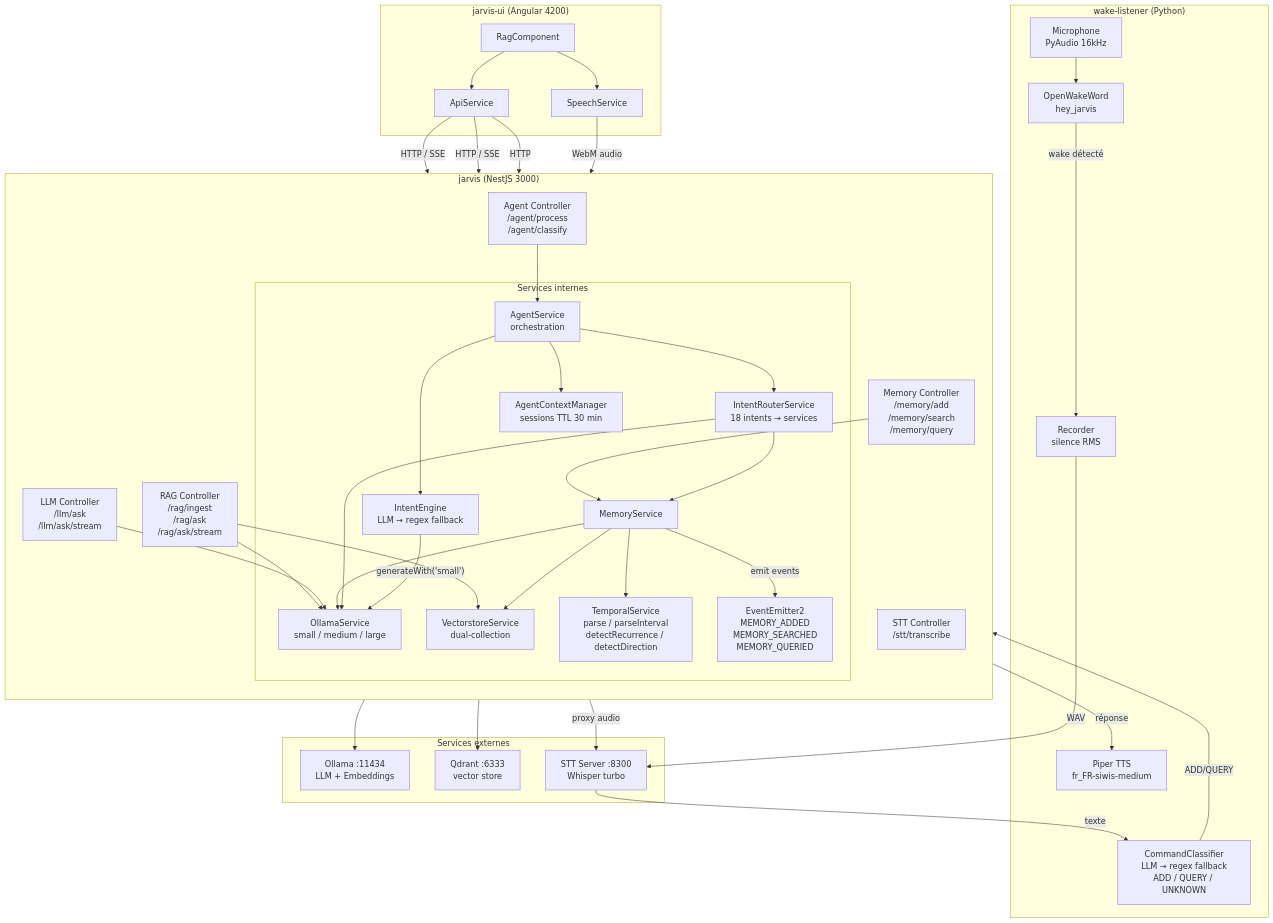
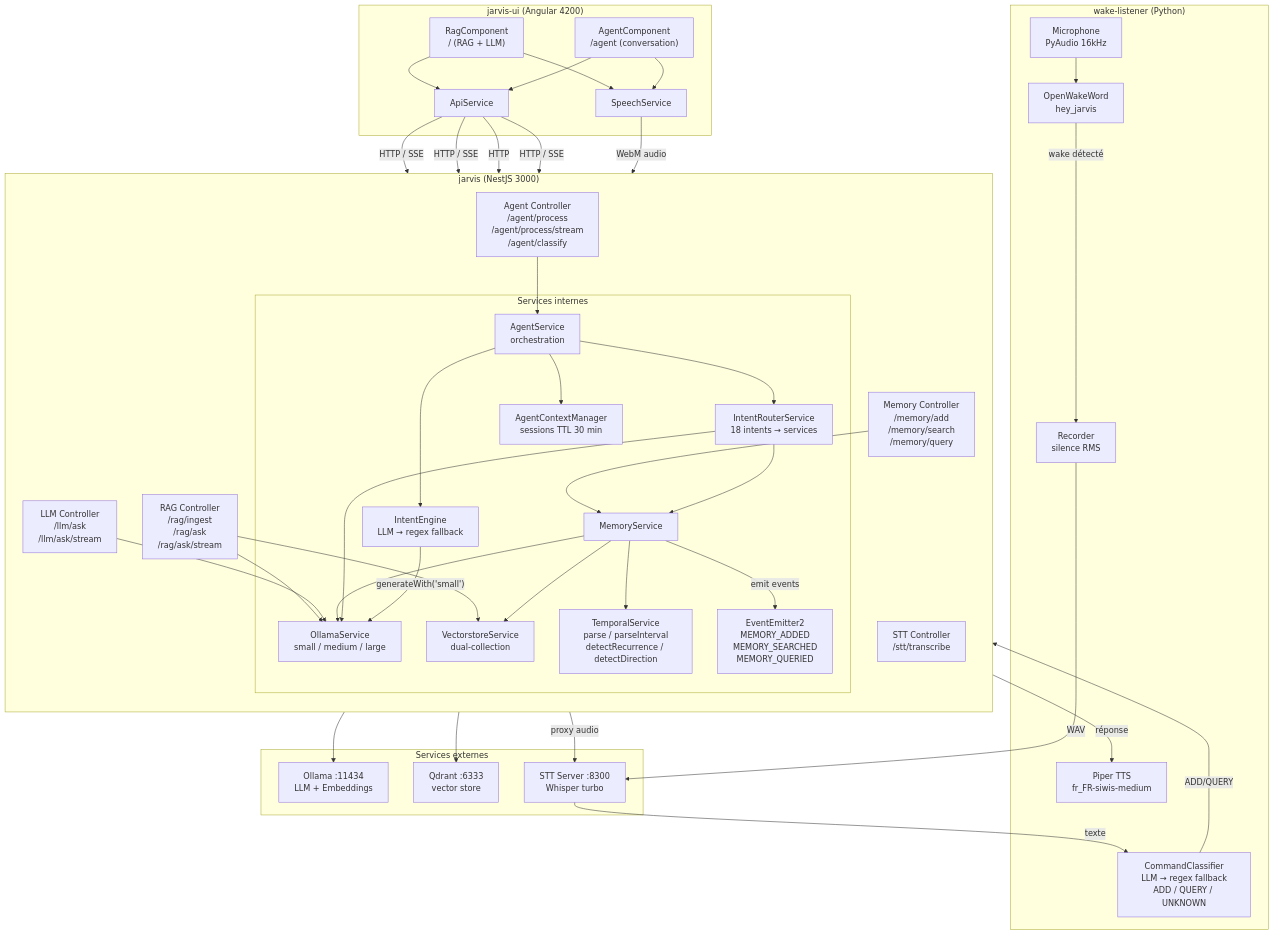
The first of 11 diagrams in plan/architecture-flows.md (Yesub/jarvis-full-solution), drawn with Mermaid before and after one commit. The commit also changed other lines of this file and 14 other files, not shown here.

Commit message:
feat: Implement agent component with conversation interface, streaming responses, and intent handling

````diff
--- a/plan/architecture-flows.md
+++ b/plan/architecture-flows.md
@@ -5,77 +5,81 @@
 ```mermaid
 graph TB
     subgraph UI["jarvis-ui (Angular 4200)"]
-        RagComp["RagComponent"]
+        RagComp["RagComponent\n/ (RAG + LLM)"]
+        AgentComp["AgentComponent\n/agent (conversation)"]
         ApiSvc["ApiService"]
         SpeechSvc["SpeechService"]
     end
 
     subgraph Backend["jarvis (NestJS 3000)"]
         direction TB
         RAGCtrl["RAG Controller\n/rag/ingest\n/rag/ask\n/rag/ask/stream"]
         MemCtrl["Memory Controller\n/memory/add\n/memory/search\n/memory/query"]
         LLMCtrl["LLM Controller\n/llm/ask\n/llm/ask/stream"]
         STTCtrl["STT Controller\n/stt/transcribe"]
-        AgentCtrl["Agent Controller\n/agent/process\n/agent/classify"]
+        AgentCtrl["Agent Controller\n/agent/process\n/agent/process/stream\n/agent/classify"]
 
         subgraph Services["Services internes"]
             OllamaSvc["OllamaService\nsmall / medium / large"]
             VectorSvc["VectorstoreService\ndual-collection"]
             MemSvc["MemoryService"]
             TempSvc["TemporalService\nparse / parseInterval\ndetectRecurrence / detectDirection"]
             IntentEng["IntentEngine\nLLM → regex fallback"]
             AgentSvc["AgentService\norchestration"]
             RouterSvc["IntentRouterService\n18 intents → services"]
             CtxMgr["AgentContextManager\nsessions TTL 30 min"]
             EventBus["EventEmitter2\nMEMORY_ADDED\nMEMORY_SEARCHED\nMEMORY_QUERIED"]
         end
     end
 
     subgraph External["Services externes"]
         Ollama["Ollama :11434\nLLM + Embeddings"]
         Qdrant["Qdrant :6333\nvector store"]
         STTServer["STT Server :8300\nWhisper turbo"]
     end
 
     subgraph WakeListener["wake-listener (Python)"]
         Mic["Microphone\nPyAudio 16kHz"]
         OWW["OpenWakeWord\nhey_jarvis"]
         Recorder["Recorder\nsilence RMS"]
         Classifier["CommandClassifier\nLLM → regex fallback\nADD / QUERY / UNKNOWN"]
         TTS["Piper TTS\nfr_FR-siwis-medium"]
     end
 
     RagComp --> ApiSvc
     RagComp --> SpeechSvc
+    AgentComp --> ApiSvc
+    AgentComp --> SpeechSvc
     ApiSvc -->|"HTTP / SSE"| RAGCtrl
     ApiSvc -->|"HTTP / SSE"| LLMCtrl
     ApiSvc -->|"HTTP"| STTCtrl
+    ApiSvc -->|"HTTP / SSE"| AgentCtrl
     SpeechSvc -->|"WebM audio"| STTCtrl
 
     RAGCtrl --> OllamaSvc
     RAGCtrl --> VectorSvc
     LLMCtrl --> OllamaSvc
     MemCtrl --> MemSvc
     MemSvc --> OllamaSvc
     MemSvc --> VectorSvc
     MemSvc --> TempSvc
     MemSvc -->|"emit events"| EventBus
     STTCtrl -->|"proxy audio"| STTServer
     AgentCtrl --> AgentSvc
     AgentSvc --> IntentEng
     AgentSvc --> RouterSvc
     AgentSvc --> CtxMgr
     RouterSvc --> MemSvc
     RouterSvc --> OllamaSvc
     IntentEng -->|"generateWith('small')"| OllamaSvc
 
     OllamaSvc --> Ollama
     VectorSvc --> Qdrant
 
     Mic --> OWW
     OWW -->|"wake détecté"| Recorder
     Recorder -->|"WAV"| STTServer
     STTServer -->|"texte"| Classifier
     Classifier -->|"ADD/QUERY"| MemCtrl
     MemCtrl -->|"réponse"| TTS
 ```
````
